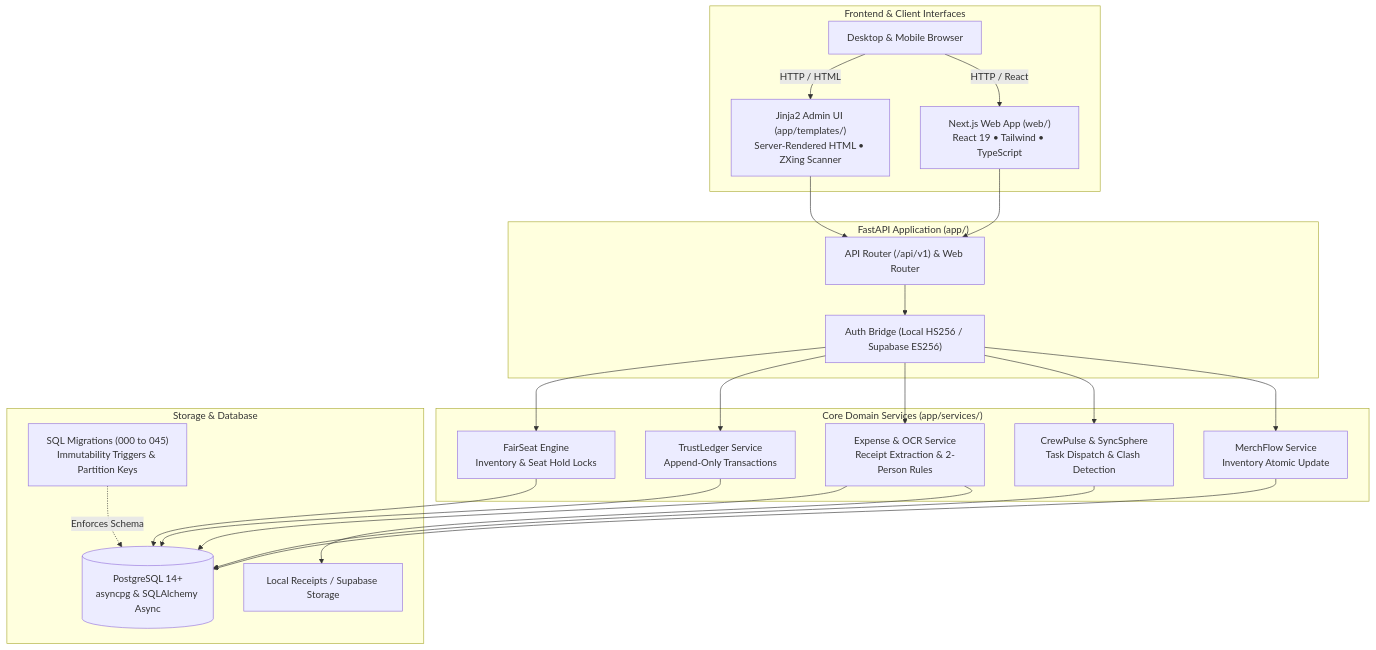
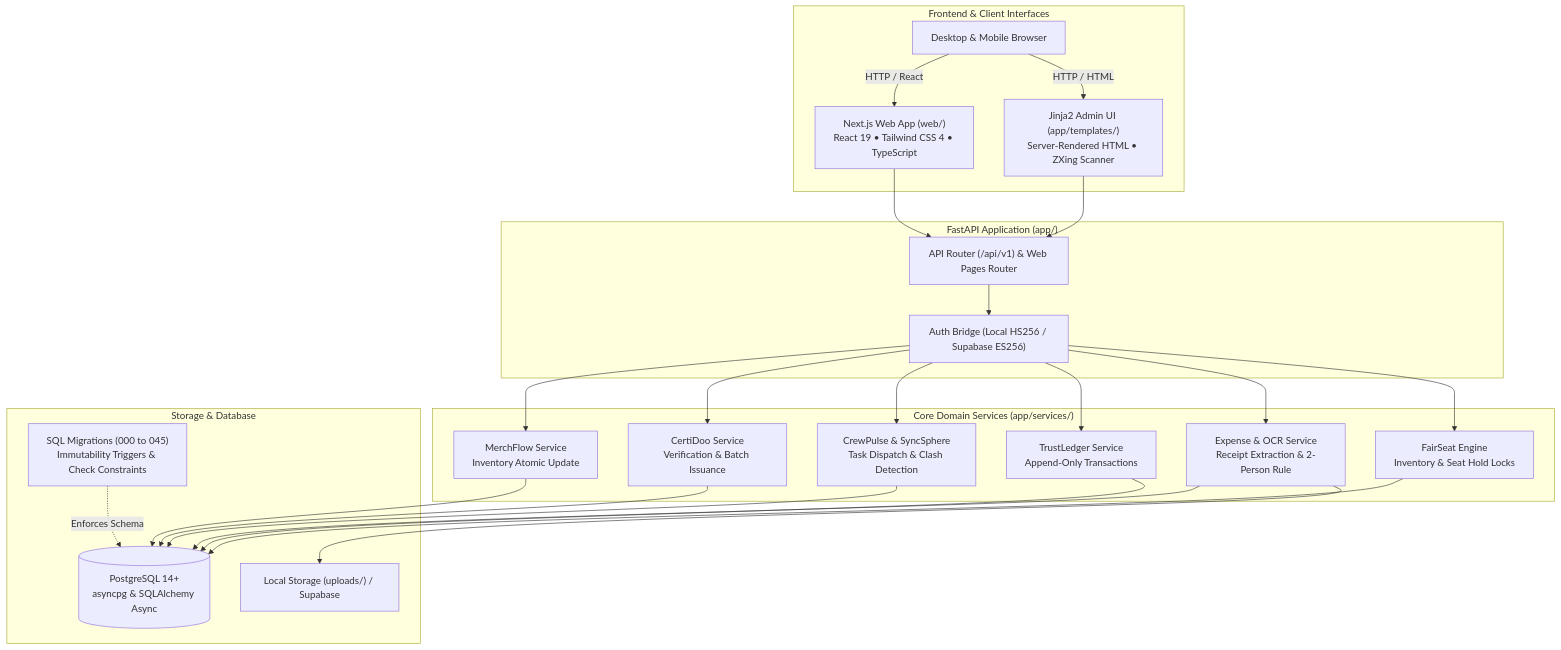
One commit to vishnubhargavd/WhoDoo changed the second of 3 diagrams in README.md. Above: the diagram before and after it, drawn with Mermaid. The commit also changed other lines of this file and 1 other file, not shown here.

Commit message:
docs: enhance WhoDoo README and showcase CertiDoo

````diff
--- a/README.md
+++ b/README.md
@@ -147,45 +194,48 @@
 ```mermaid
 graph TD
     subgraph ClientLayer["Frontend & Client Interfaces"]
         Browser["Desktop & Mobile Browser"]
-        NextApp["Next.js Web App (web/)<br/>React 19 • Tailwind • TypeScript"]
+        NextApp["Next.js Web App (web/)<br/>React 19 • Tailwind CSS 4 • TypeScript"]
         JinjaApp["Jinja2 Admin UI (app/templates/)<br/>Server-Rendered HTML • ZXing Scanner"]
     end
 
     subgraph ApiGateway["FastAPI Application (app/)"]
         AuthMiddleware["Auth Bridge (Local HS256 / Supabase ES256)"]
-        Router["API Router (/api/v1) & Web Router"]
+        Router["API Router (/api/v1) & Web Pages Router"]
     end
 
     subgraph DomainServices["Core Domain Services (app/services/)"]
         FairSeatSvc["FairSeat Engine<br/>Inventory & Seat Hold Locks"]
         LedgerSvc["TrustLedger Service<br/>Append-Only Transactions"]
-        ExpenseSvc["Expense & OCR Service<br/>Receipt Extraction & 2-Person Rules"]
+        ExpenseSvc["Expense & OCR Service<br/>Receipt Extraction & 2-Person Rule"]
         TaskSvc["CrewPulse & SyncSphere<br/>Task Dispatch & Clash Detection"]
+        CertSvc["CertiDoo Service<br/>Verification & Batch Issuance"]
         MerchSvc["MerchFlow Service<br/>Inventory Atomic Update"]
     end
 
     subgraph Persistence["Storage & Database"]
         PG[(PostgreSQL 14+<br/>asyncpg & SQLAlchemy Async)]
-        Migrations["SQL Migrations (000 to 045)<br/>Immutability Triggers & Partition Keys"]
-        LocalUploads["Local Receipts / Supabase Storage"]
+        Migrations["SQL Migrations (000 to 045)<br/>Immutability Triggers & Check Constraints"]
+        LocalUploads["Local Storage (uploads/) / Supabase"]
     end
 
     Browser -->|HTTP / HTML| JinjaApp
     Browser -->|HTTP / React| NextApp
     JinjaApp --> Router
     NextApp --> Router
     Router --> AuthMiddleware
     AuthMiddleware --> FairSeatSvc
     AuthMiddleware --> LedgerSvc
     AuthMiddleware --> ExpenseSvc
     AuthMiddleware --> TaskSvc
+    AuthMiddleware --> CertSvc
     AuthMiddleware --> MerchSvc
     FairSeatSvc --> PG
     LedgerSvc --> PG
     ExpenseSvc --> PG
     ExpenseSvc --> LocalUploads
     TaskSvc --> PG
+    CertSvc --> PG
     MerchSvc --> PG
     Migrations -.->|Enforces Schema| PG
 ```
````
